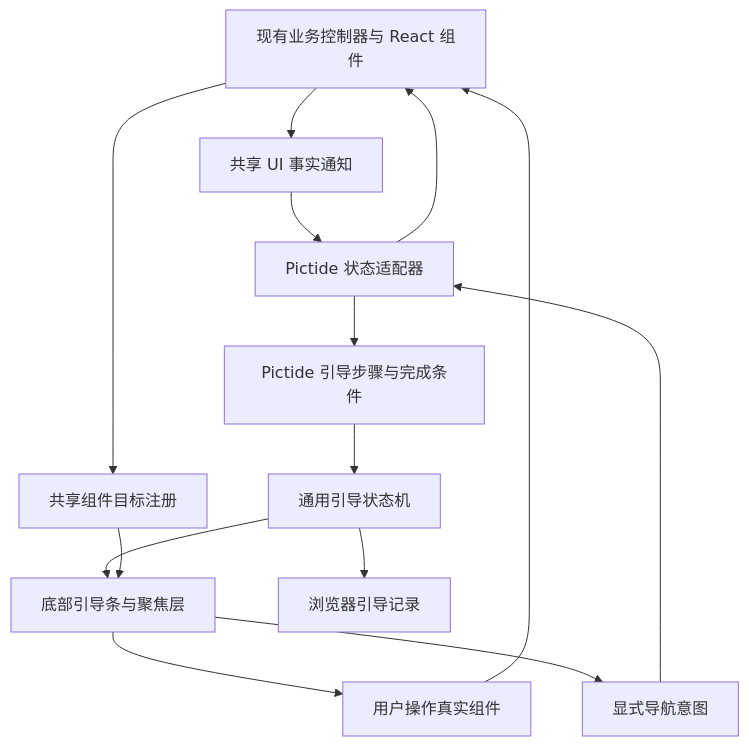
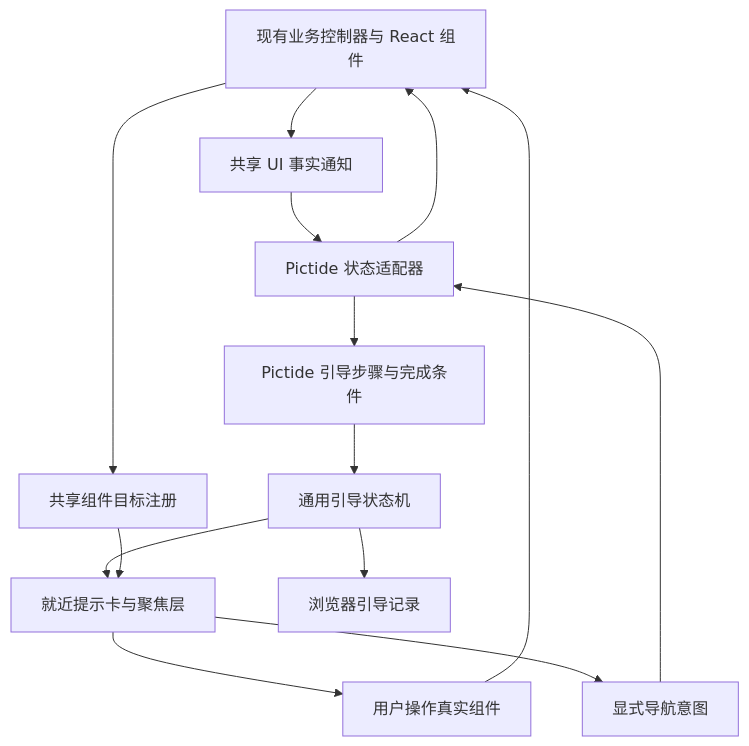
One commit to Lykr/pictide changed the first of 2 diagrams in docs/dev/issues/first-run-guide.md. Above: the diagram before and after it, drawn with Mermaid. The commit also changed other lines of this file and 9 other files, not shown here.

````diff
--- a/docs/dev/issues/first-run-guide.md
+++ b/docs/dev/issues/first-run-guide.md
@@ -11,16 +11,16 @@
 ```mermaid
 flowchart TD
     Business[现有业务控制器与 React 组件] --> Events[共享 UI 事实通知]
     Business --> Targets[共享组件目标注册]
     Events --> Adapter[Pictide 状态适配器]
     Adapter --> Flow[Pictide 引导步骤与完成条件]
     Flow --> Engine[通用引导状态机]
-    Engine --> Layer[底部引导条与聚焦层]
+    Engine --> Layer[就近提示卡与聚焦层]
     Targets --> Layer
     Engine --> Local[浏览器引导记录]
     Layer --> User[用户操作真实组件]
     User --> Business
     Layer --> Intent[显式导航意图]
     Intent --> Adapter
     Adapter --> Business
 ```
````
